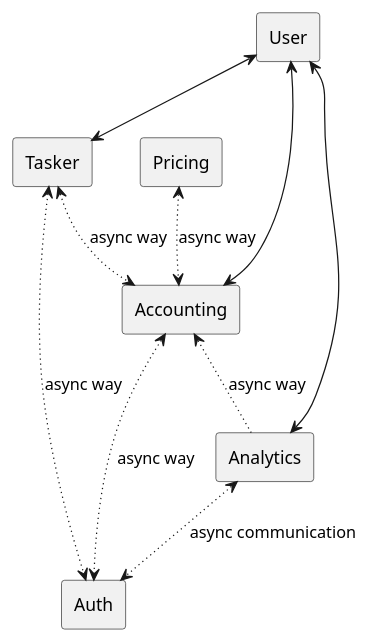
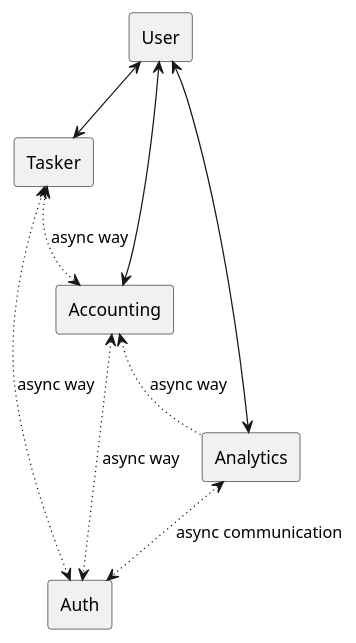
Before and after one commit to ximyro/async_architecture_course: the diagram in docs/services.plantuml, drawn with PlantUML. The commit also changed 7 other files, not shown here.

```diff
--- a/docs/services.plantuml
+++ b/docs/services.plantuml
@@ -1,21 +1,18 @@
 @startuml Services
 rectangle Tasker
 rectangle Auth
 rectangle Accounting
 rectangle Analytics
-rectangle Pricing
 rectangle User
 
 User <--> Tasker
 User <--> Accounting
 User <--> Analytics
 Tasker <-[dotted]-> Auth : async way
 Accounting <-[dotted]-> Auth : async way
 Analytics <-[dotted]-> Auth : async communication
 
 Tasker <-[dotted]-> Accounting : async way
 Accounting <-[dotted]- Analytics : async way
 
-Pricing <-[dotted]-> Accounting : async way
-
 @enduml
```
